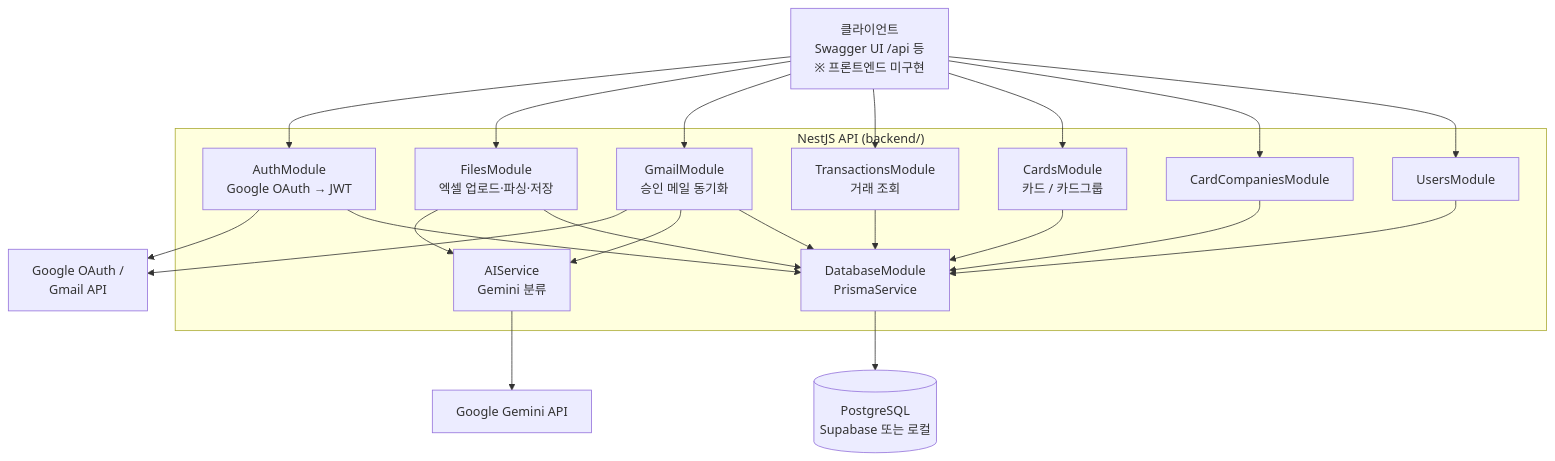
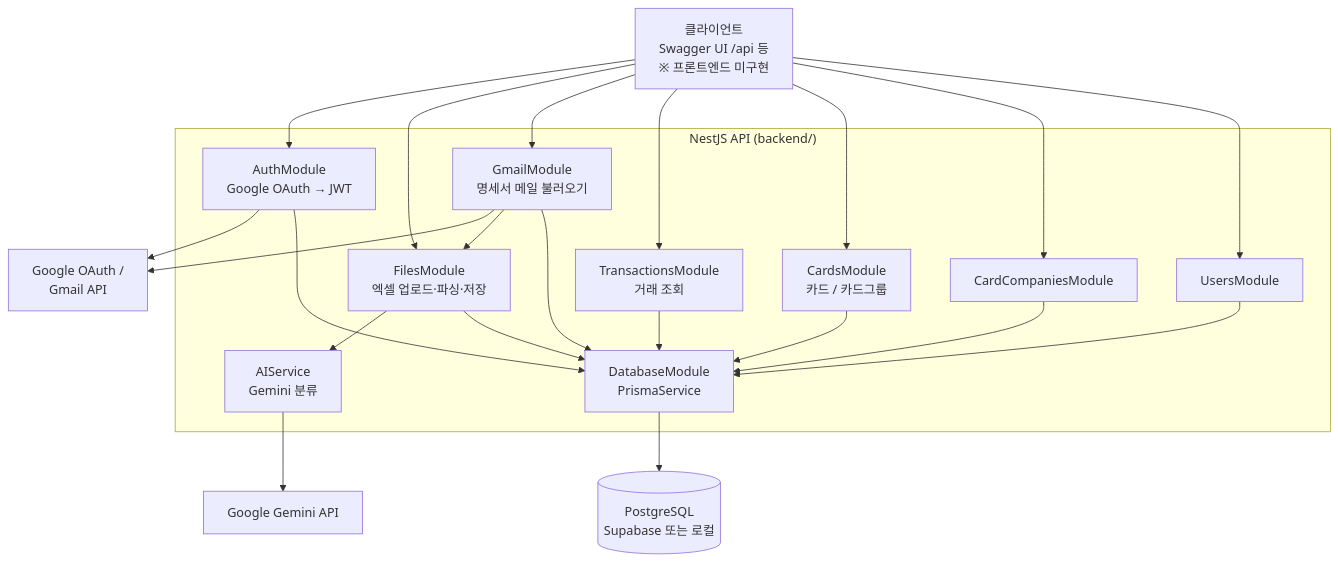
Before and after one commit to modis1234/card-expense-tracker: the first of 5 diagrams in docs/architecture/current-architecture.md, drawn with Mermaid. The commit also changed other lines of this file and 2 other files, not shown here.

First line of the commit message:
[Gmail] 승인 메일 동기화를 하나카드 명세서 메일 불러오기로 교체

````diff
--- a/docs/architecture/current-architecture.md
+++ b/docs/architecture/current-architecture.md
@@ -12,29 +12,29 @@
 ```mermaid
 graph TB
     Client[클라이언트<br/>Swagger UI /api 등<br/>※ 프론트엔드 미구현]
 
     subgraph "NestJS API (backend/)"
         Auth[AuthModule<br/>Google OAuth → JWT]
         Files[FilesModule<br/>엑셀 업로드·파싱·저장]
         AI[AIService<br/>Gemini 분류]
-        Gmail[GmailModule<br/>승인 메일 동기화]
+        Gmail[GmailModule<br/>명세서 메일 불러오기]
         Tx[TransactionsModule<br/>거래 조회]
         Cards[CardsModule<br/>카드 / 카드그룹]
         CC[CardCompaniesModule]
         Users[UsersModule]
         DB[DatabaseModule<br/>PrismaService]
     end
 
     PG[(PostgreSQL<br/>Supabase 또는 로컬)]
     Google[Google OAuth /<br/>Gmail API]
     Gemini[Google Gemini API]
 
     Client --> Auth & Files & Gmail & Tx & Cards & CC & Users
     Auth --> Google
     Gmail --> Google
     Files --> AI
-    Gmail --> AI
+    Gmail --> Files
     AI --> Gemini
     Auth & Files & Gmail & Tx & Cards & CC & Users --> DB
     DB --> PG
 ```
````
